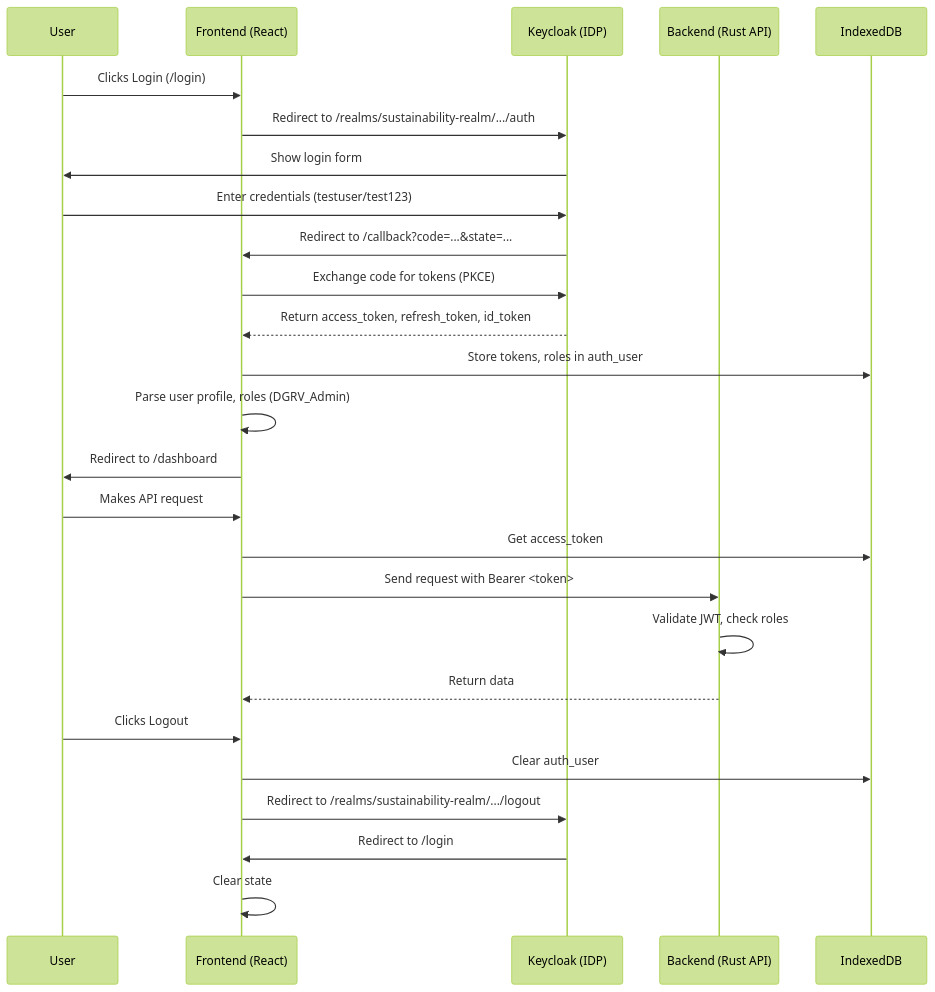
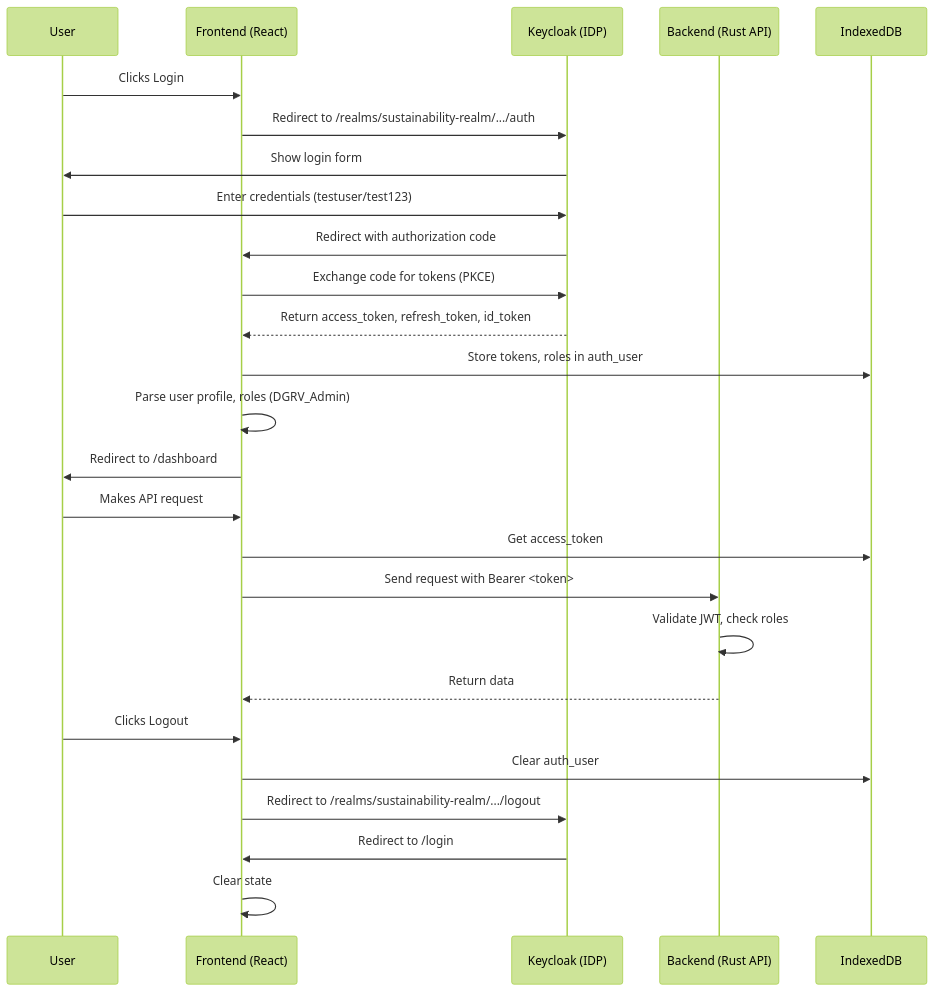
One commit to ADORSYS-GIS/DGAT-sustainability changed the second of 3 diagrams in frontend/docs/Keycloak.md. Above: the diagram before and after it, drawn with Mermaid (forest theme). The commit also changed other lines of this file and 14 other files, not shown here.

````diff
--- a/frontend/docs/Keycloak.md
+++ b/frontend/docs/Keycloak.md
@@ -57,29 +57,29 @@
 ```mermaid
 sequenceDiagram
   participant User
   participant FE as Frontend (React)
   participant KC as Keycloak (IDP)
   participant BE as Backend (Rust API)
   participant IDB as IndexedDB
 
-  User->>FE: Clicks Login (/login)
+  User->>FE: Clicks Login
   FE->>KC: Redirect to /realms/sustainability-realm/.../auth
   KC->>User: Show login form
   User->>KC: Enter credentials (testuser/test123)
-  KC->>FE: Redirect to /callback?code=...&state=...
+  KC->>FE: Redirect with authorization code
   FE->>KC: Exchange code for tokens (PKCE)
   KC-->>FE: Return access_token, refresh_token, id_token
   FE->>IDB: Store tokens, roles in auth_user
   FE->>FE: Parse user profile, roles (DGRV_Admin)
   FE->>User: Redirect to /dashboard
   User->>FE: Makes API request
   FE->>IDB: Get access_token
   FE->>BE: Send request with Bearer <token>
   BE->>BE: Validate JWT, check roles
   BE-->>FE: Return data
   User->>FE: Clicks Logout
   FE->>IDB: Clear auth_user
   FE->>KC: Redirect to /realms/sustainability-realm/.../logout
   KC->>FE: Redirect to /login
   FE->>FE: Clear state
 ```
````
